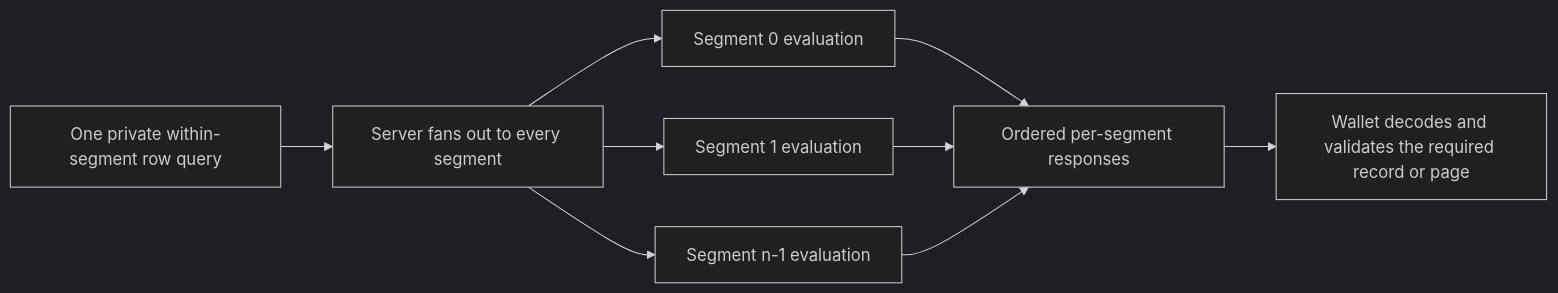
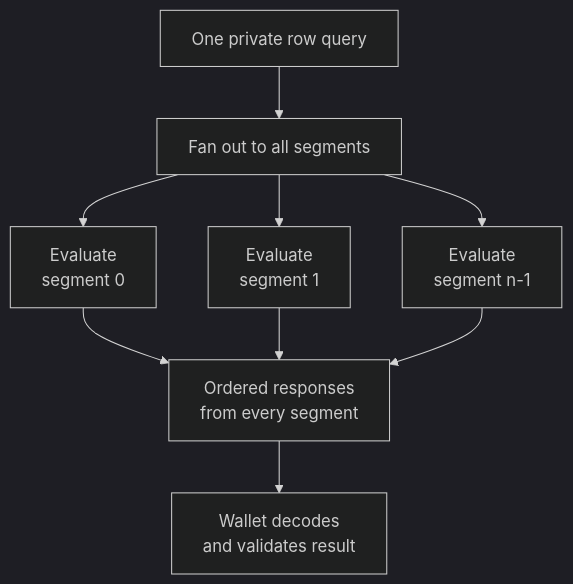
Before and after one commit to valargroup/wallet-pir: the second of 3 diagrams in docs/transparent_pir_architecture.md, drawn with Mermaid (dark theme). The commit also changed other lines of this file, not shown here.

Commit message:
improve diagrams

````diff
--- a/docs/transparent_pir_architecture.md
+++ b/docs/transparent_pir_architecture.md
@@ -323,11 +326,11 @@
 ```mermaid
-flowchart LR
-    Q[One private within-segment row query] --> S[Server fans out to every segment]
-    S --> A[Segment 0 evaluation]
-    S --> B[Segment 1 evaluation]
-    S --> C[Segment n-1 evaluation]
-    A --> R[Ordered per-segment responses]
+flowchart TD
+    Q["One private row query"] --> S["Fan out to all segments"]
+    S --> A["Evaluate<br/>segment 0"]
+    S --> B["Evaluate<br/>segment 1"]
+    S --> C["Evaluate<br/>segment n-1"]
+    A --> R["Ordered responses<br/>from every segment"]
     B --> R
     C --> R
-    R --> W[Wallet decodes and validates the required record or page]
+    R --> W["Wallet decodes<br/>and validates result"]
 ```
````
